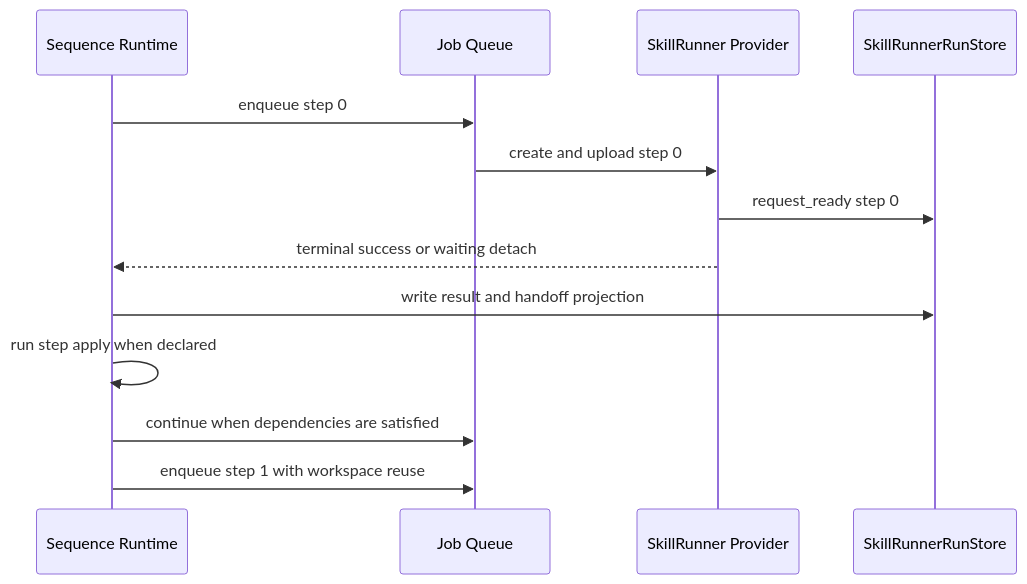
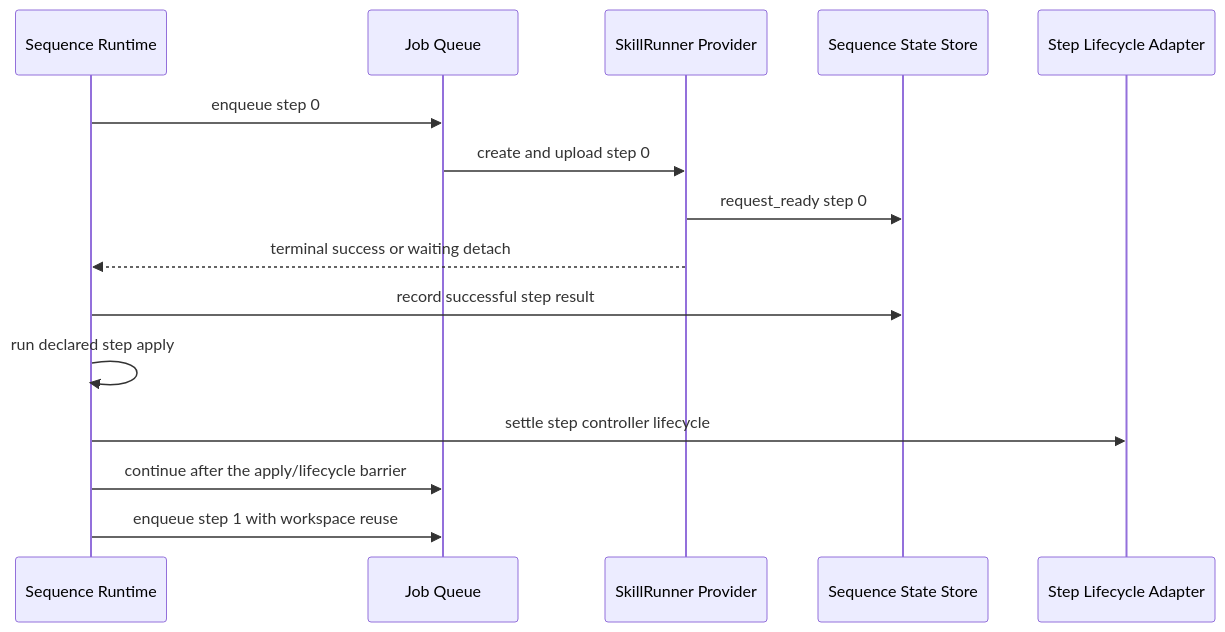
The diagram in doc/components/workflow-execution-seams.md (leike0813/zotero-agents), drawn with Mermaid before and after one commit. The commit also changed other lines of this file and 26 other files, not shown here.

Commit message:
refactor: deepen sequence continuation runtime

````diff
--- a/doc/components/workflow-execution-seams.md
+++ b/doc/components/workflow-execution-seams.md
@@ -113,16 +119,18 @@
 ```mermaid
 sequenceDiagram
   participant Seq as Sequence Runtime
   participant Queue as Job Queue
   participant Provider as SkillRunner Provider
-  participant Store as SkillRunnerRunStore
+  participant Store as Sequence State Store
+  participant Life as Step Lifecycle Adapter
 
   Seq->>Queue: enqueue step 0
   Queue->>Provider: create and upload step 0
   Provider->>Store: request_ready step 0
   Provider-->>Seq: terminal success or waiting detach
-  Seq->>Store: write result and handoff projection
-  Seq->>Seq: run step apply when declared
-  Seq->>Queue: continue when dependencies are satisfied
+  Seq->>Store: record successful step result
+  Seq->>Seq: run declared step apply
+  Seq->>Life: settle step controller lifecycle
+  Seq->>Queue: continue after the apply/lifecycle barrier
   Seq->>Queue: enqueue step 1 with workspace reuse
 ```
````
